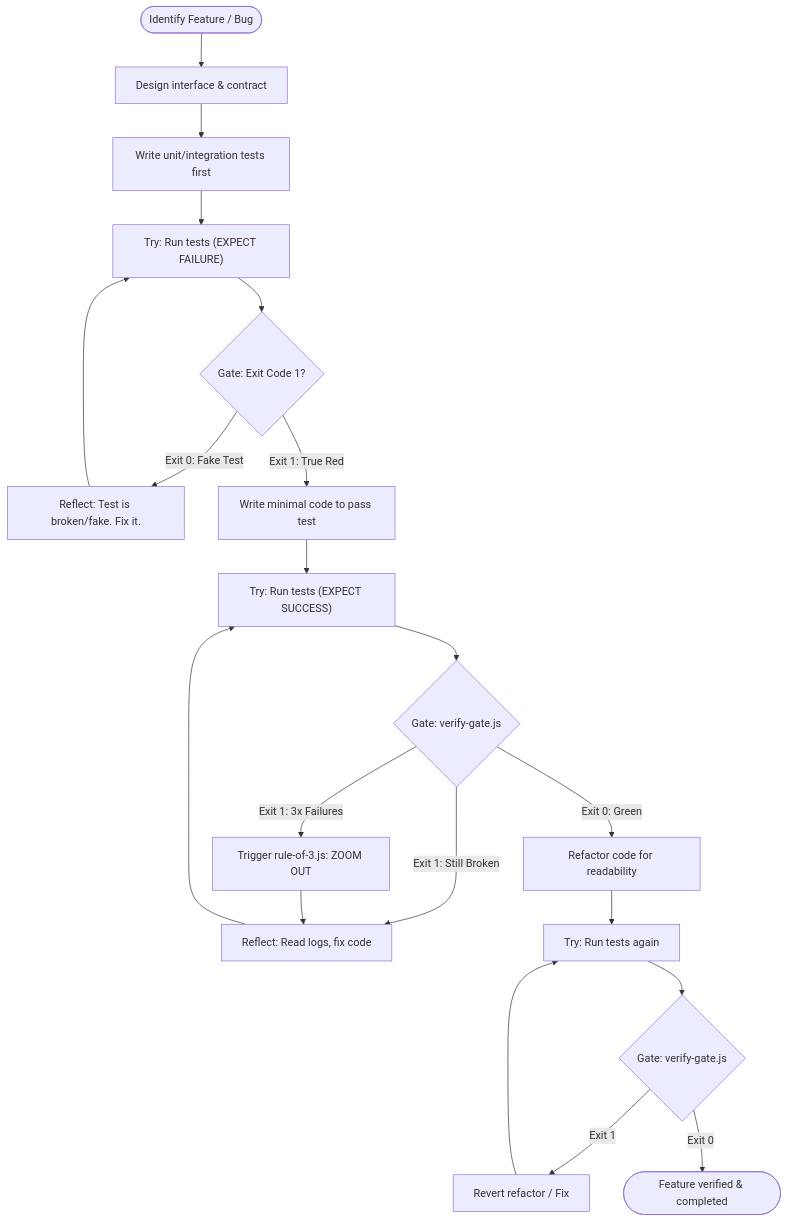
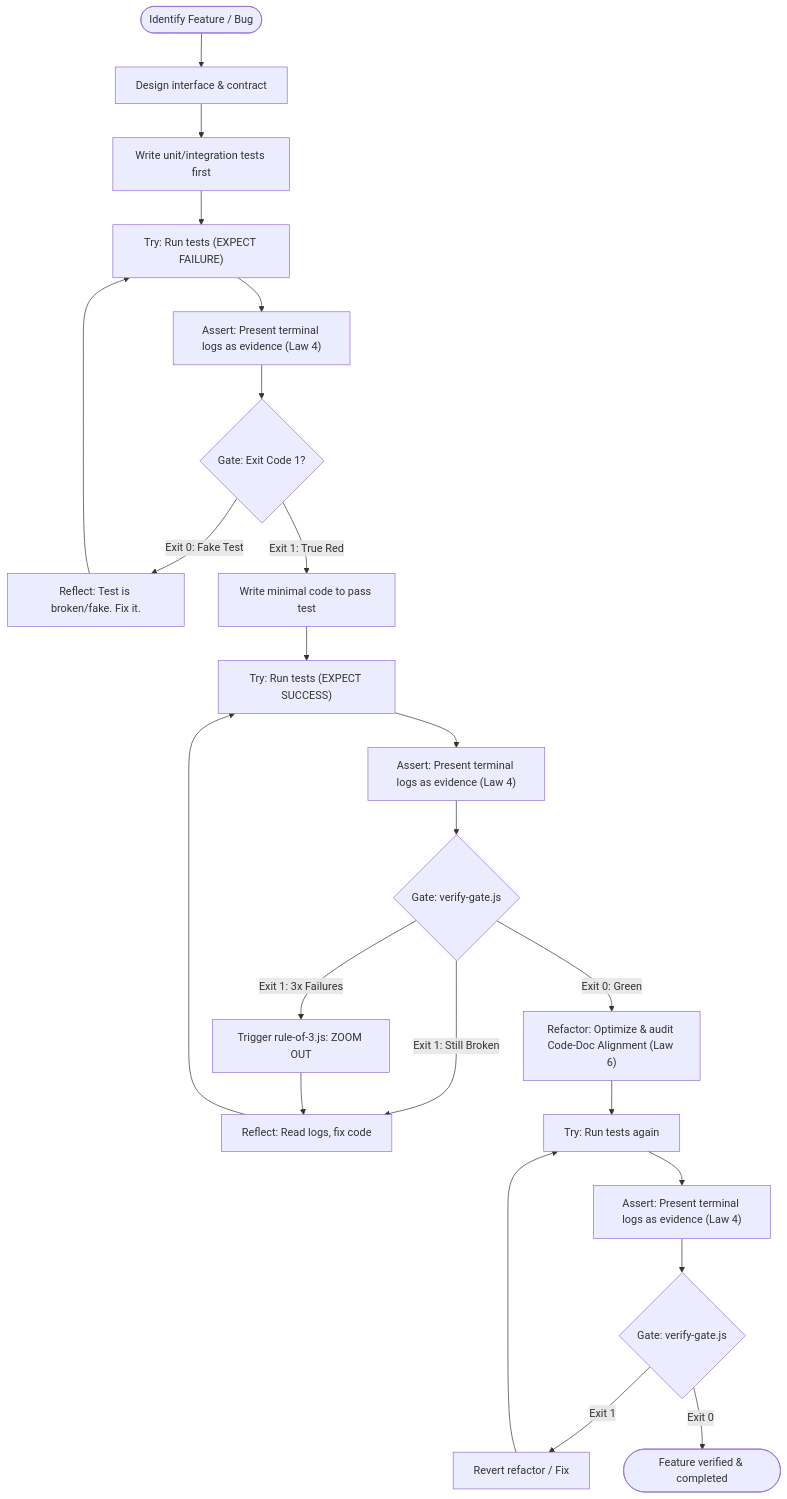
Before and after one commit to dyphn1/Harness-everything: the diagram in docs/workflows/tdd.md, drawn with Mermaid. The commit also changed 3 other files, not shown here.

Commit message:
docs(workflows): integrate decoupled cognitive laws into workflows mermaid diagrams

````diff
--- a/docs/workflows/tdd.md
+++ b/docs/workflows/tdd.md
@@ -11,29 +11,32 @@
 ```mermaid
 graph TD
   Start([Identify Feature / Bug]) --> DesignInterface["Design interface & contract"]
   DesignInterface --> WriteTest["Write unit/integration tests first"]
   
   WriteTest --> RunRed["Try: Run tests (EXPECT FAILURE)"]
-  RunRed --> VerifyRed{Gate: Exit Code 1?}
+  RunRed --> AssertRed["Assert: Present terminal logs as evidence (Law 4)"]
+  AssertRed --> VerifyRed{Gate: Exit Code 1?}
   VerifyRed -->|Exit 0: Fake Test| FixTest["Reflect: Test is broken/fake. Fix it."]
   FixTest --> RunRed
   
   VerifyRed -->|Exit 1: True Red| WriteCode["Write minimal code to pass test"]
   
   WriteCode --> RunGreen["Try: Run tests (EXPECT SUCCESS)"]
-  RunGreen --> VerifyGreen{Gate: verify-gate.js}
+  RunGreen --> AssertGreen["Assert: Present terminal logs as evidence (Law 4)"]
+  AssertGreen --> VerifyGreen{Gate: verify-gate.js}
   
   VerifyGreen -->|Exit 1: Still Broken| DebugCode["Reflect: Read logs, fix code"]
   DebugCode --> RunGreen
   VerifyGreen -->|Exit 1: 3x Failures| CircuitBreaker["Trigger rule-of-3.js: ZOOM OUT"]
   CircuitBreaker --> DebugCode
   
-  VerifyGreen -->|Exit 0: Green| Refactor["Refactor code for readability"]
+  VerifyGreen -->|Exit 0: Green| Refactor["Refactor: Optimize & audit Code-Doc Alignment (Law 6)"]
   
   Refactor --> RunVerify["Try: Run tests again"]
-  RunVerify --> VerifyRefactor{Gate: verify-gate.js}
+  RunVerify --> AssertRefactor["Assert: Present terminal logs as evidence (Law 4)"]
+  AssertRefactor --> VerifyRefactor{Gate: verify-gate.js}
   VerifyRefactor -->|Exit 1| Revert["Revert refactor / Fix"]
   Revert --> RunVerify
   
   VerifyRefactor -->|Exit 0| End([Feature verified & completed])
 ```
````
